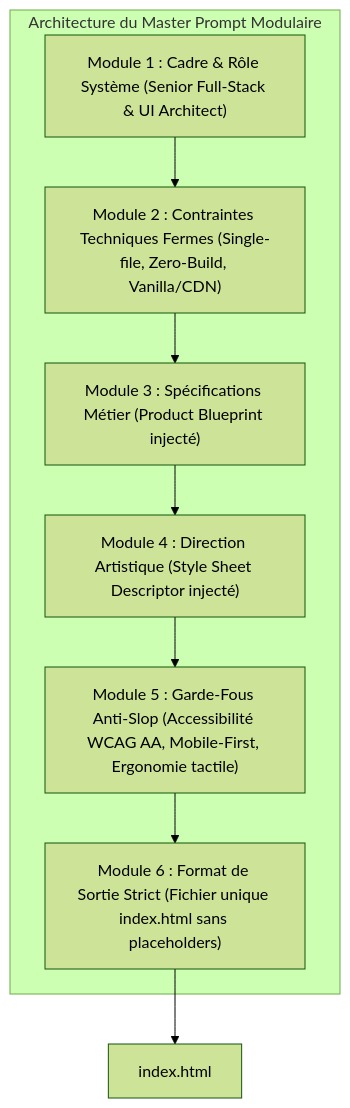
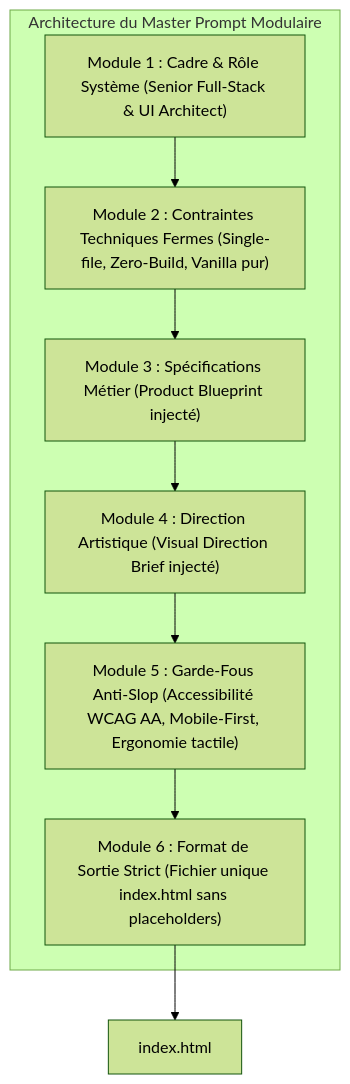
The third of 11 diagrams in docs/COURSE_PRD.md (Kreesten-hsh/AI_CREATOR_STUDIO), drawn with Mermaid (forest theme) before and after one commit. The commit also changed other lines of this file and 2 other files, not shown here.

````diff
--- a/docs/COURSE_PRD.md
+++ b/docs/COURSE_PRD.md
@@ -564,13 +539,13 @@
 ```mermaid
 flowchart TD
     subgraph MasterPrompt["Architecture du Master Prompt Modulaire"]
         M1["Module 1 : Cadre & Rôle Système (Senior Full-Stack & UI Architect)"]
-        M2["Module 2 : Contraintes Techniques Fermes (Single-file, Zero-Build, Vanilla/CDN)"]
+        M2["Module 2 : Contraintes Techniques Fermes (Single-file, Zero-Build, Vanilla pur)"]
         M3["Module 3 : Spécifications Métier (Product Blueprint injecté)"]
-        M4["Module 4 : Direction Artistique (Style Sheet Descriptor injecté)"]
+        M4["Module 4 : Direction Artistique (Visual Direction Brief injecté)"]
         M5["Module 5 : Garde-Fous Anti-Slop (Accessibilité WCAG AA, Mobile-First, Ergonomie tactile)"]
         M6["Module 6 : Format de Sortie Strict (Fichier unique index.html sans placeholders)"]
     end
     
     M1 --> M2 --> M3 --> M4 --> M5 --> M6 --> Output["index.html"]
 ```
````
